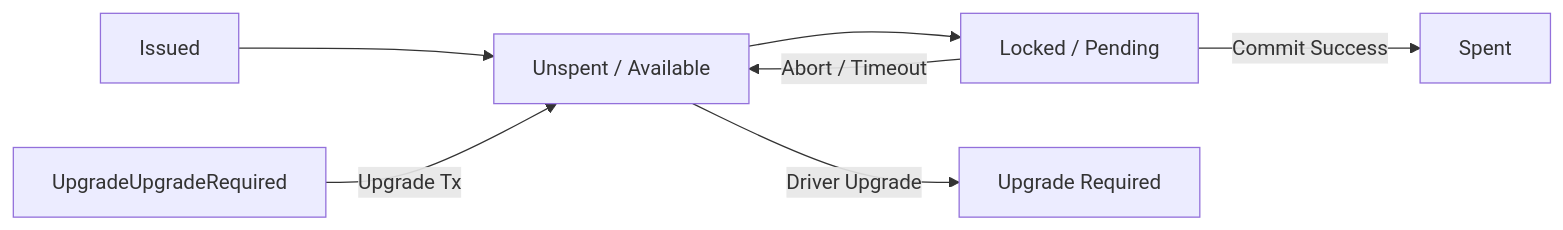
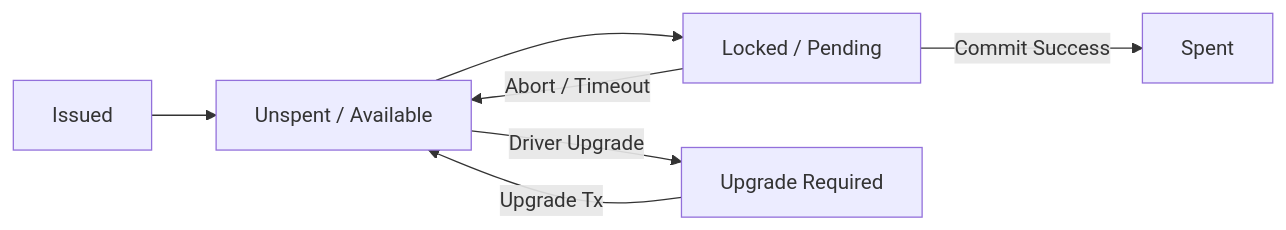
Before and after one commit to hyperledger-labs/fabric-token-sdk: the second of 2 diagrams in docs/tokensdk.md, drawn with Mermaid. The commit also changed other lines of this file and 2 other files, not shown here.

First line of the commit message:
docs: add architectural layers diagram and fix lifecycle diagram typo

````diff
--- a/docs/tokensdk.md
+++ b/docs/tokensdk.md
@@ -135,9 +92,9 @@
 ```mermaid
 graph LR
     Issued[Issued] --> Unspent[Unspent / Available]
     Unspent --> Locked[Locked / Pending]
     Locked -->|Commit Success| Spent[Spent]
     Locked -->|Abort / Timeout| Unspent
     Unspent -->|Driver Upgrade| UpgradeRequired[Upgrade Required]
-    UpgradeUpgradeRequired -->|Upgrade Tx| Unspent
+    UpgradeRequired -->|Upgrade Tx| Unspent
 ```
````
